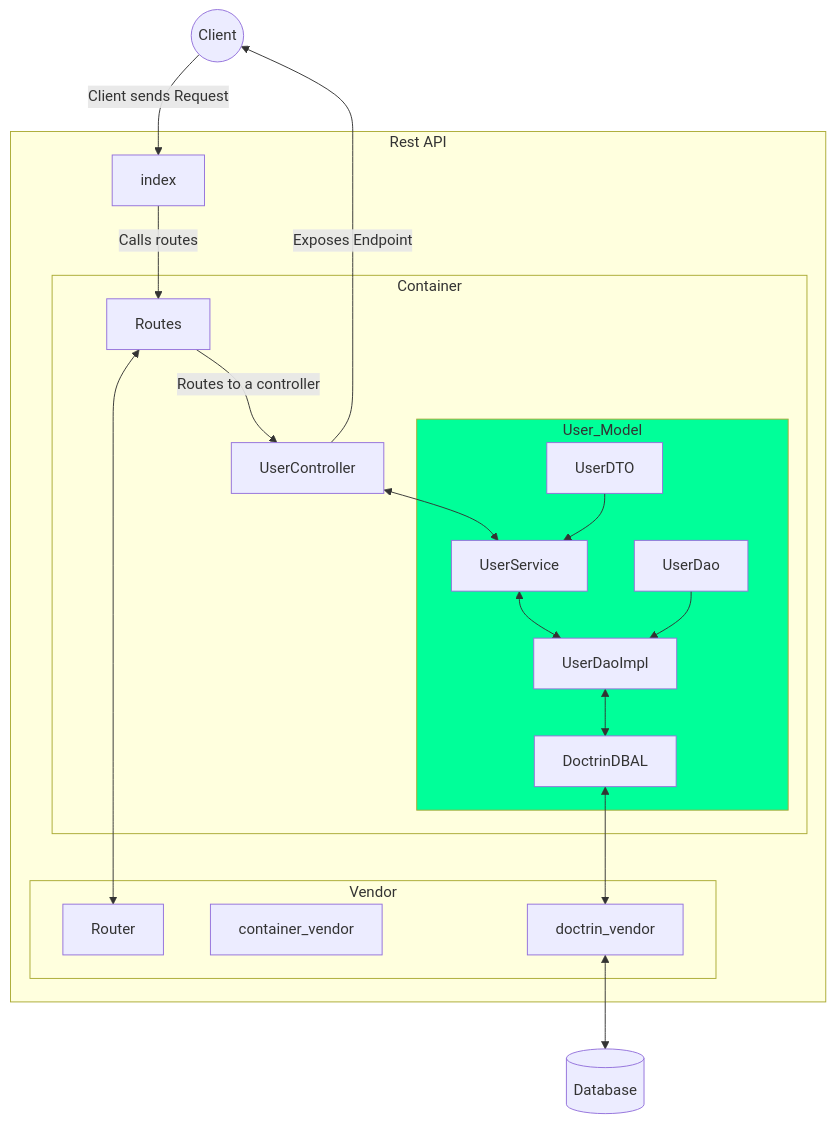
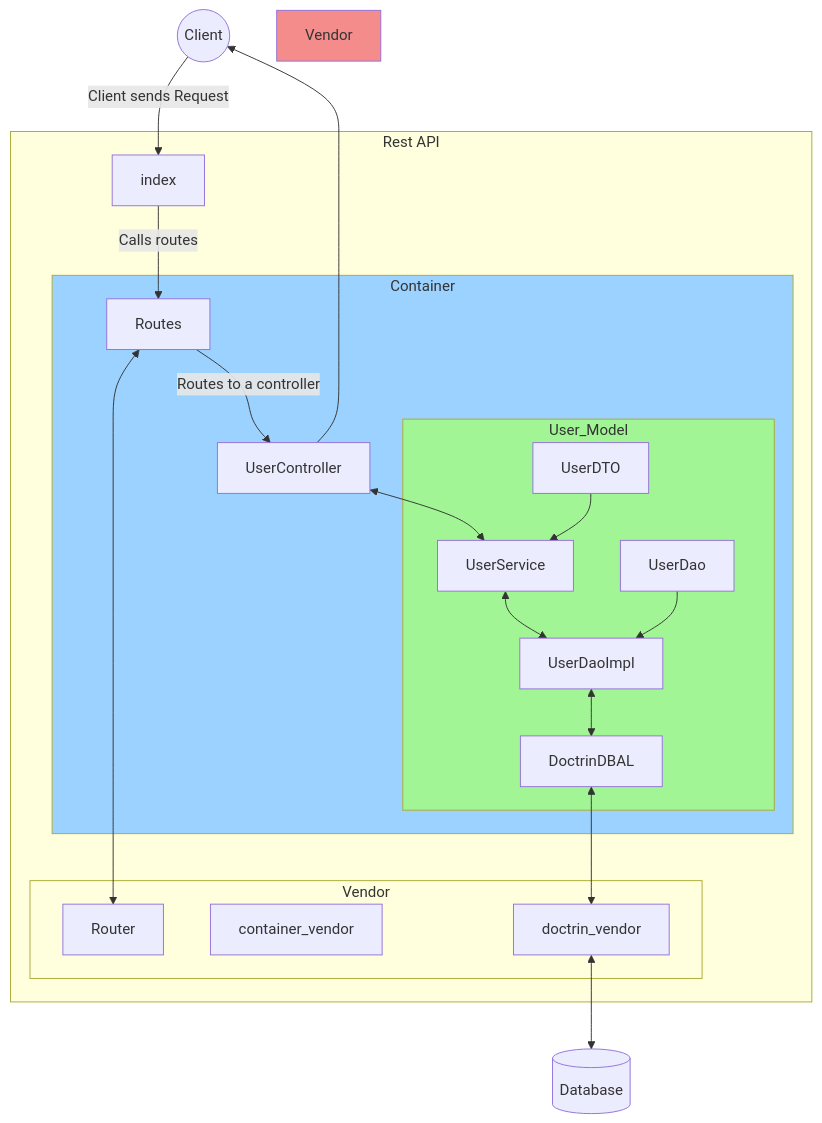
The diagram in README.md (Patapataro/Patient-Rest-API), drawn with Mermaid before and after one commit. The commit also changed other lines of this file, not shown here.

Commit message:
Updated graph colors

````diff
--- a/README.md
+++ b/README.md
@@ -41,32 +41,35 @@
 ```mermaid
 flowchart  TD
 id2((Client)) --> |Client sends Request| index
-UserController --> |Exposes Endpoint| id2
+UserController --> id2
 
 subgraph Rest API
 	subgraph  id4[Container]
 		Routes --> |Routes to a controller |UserController 
 		UserController <--> UserService 
 		
 		subgraph  id3[User_Model]
 			UserDTO --> UserService
 			UserService <--> UserDaoImpl
 			UserDao --> UserDaoImpl
 			UserDaoImpl <--> DoctrinDBAL
 		end
 	end
 
 	subgraph  Vendor
 		Router
 		container_vendor 
 		doctrin_vendor
 	end
 	
 	index --> |Calls routes| Routes
 	Routes <--> Router
 	DoctrinDBAL <--> doctrin_vendor
 	
 end
 	doctrin_vendor<--> id1[(Database)]
-	style id3 fill:#0f9
+	
+	style Vendor fill:#f58c8c
+	style id4 fill:#9cd2ff
+	style id3 fill:#a2f595
 ```
````
